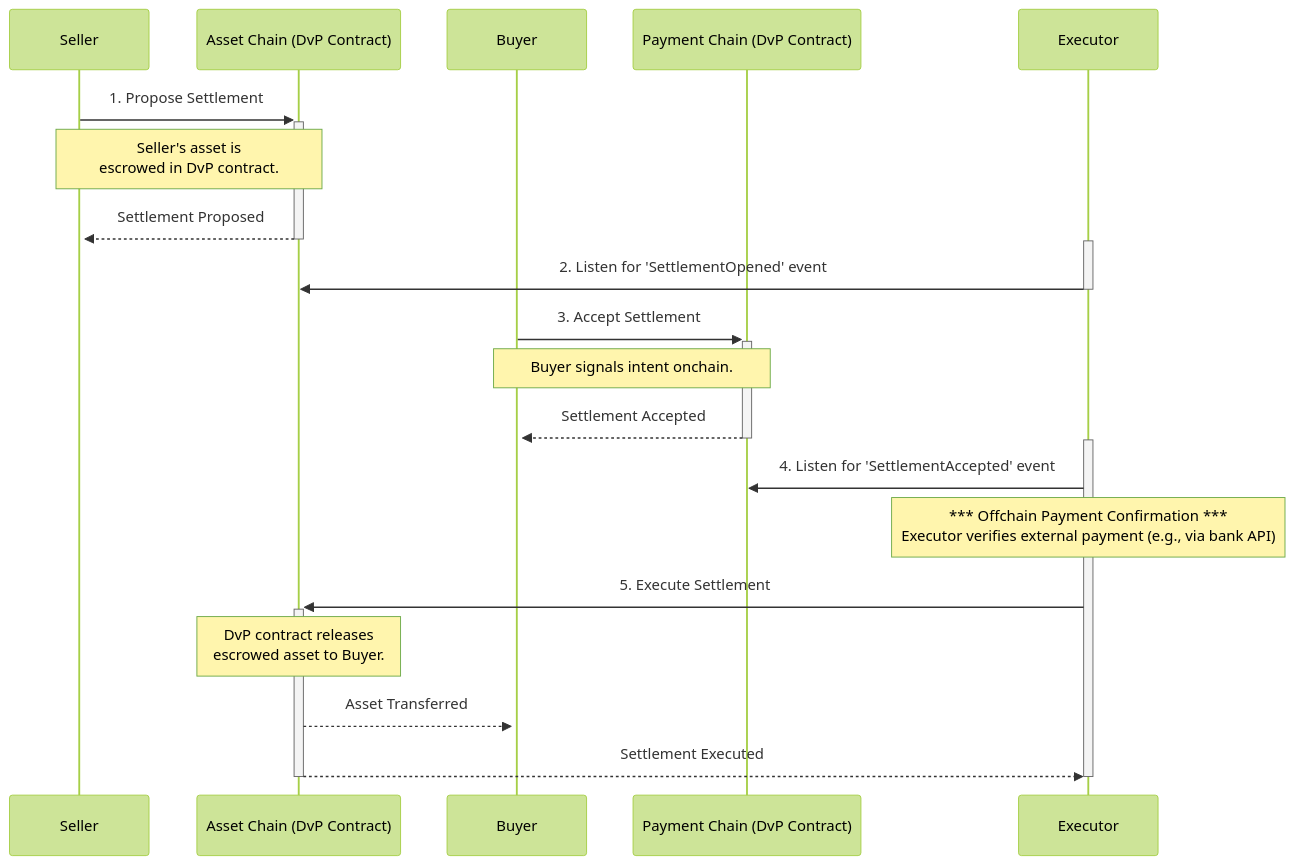
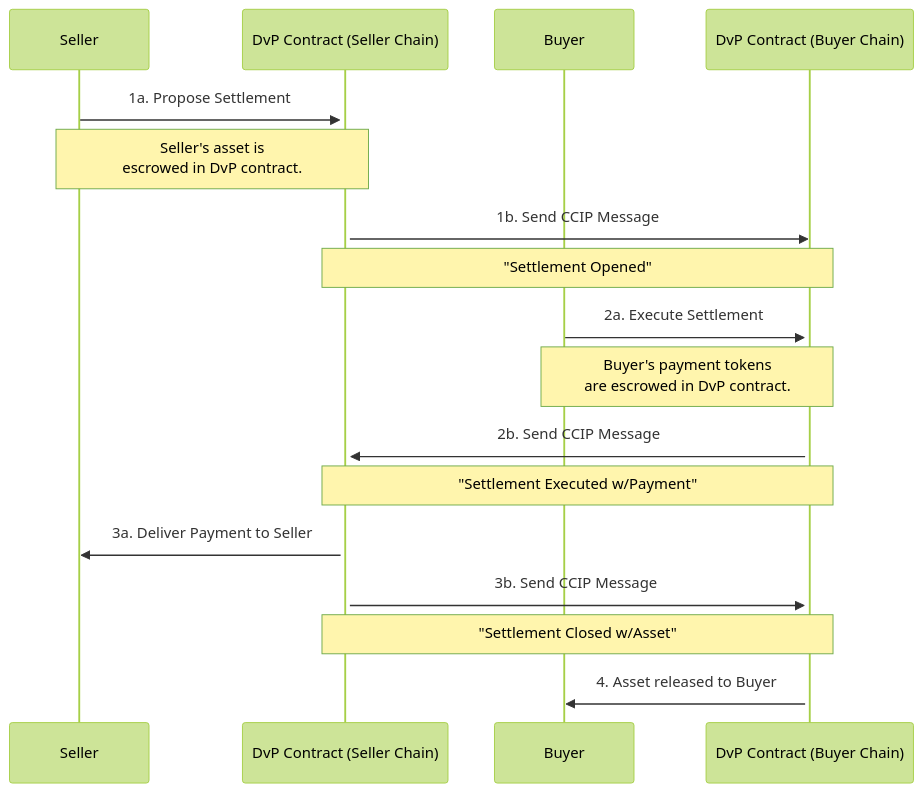
Before and after one commit to smartcontractkit/crec-sdk: the first of 2 diagrams in services/dvp/README.md, drawn with Mermaid (forest theme). The commit also changed other lines of this file, not shown here.

````diff
--- a/services/dvp/README.md
+++ b/services/dvp/README.md
@@ -42,33 +63,26 @@
 ```mermaid
 sequenceDiagram
     participant Seller
-    participant Asset Chain (DvP Contract)
+    participant DvP Contract (Seller Chain)
     participant Buyer
-    participant Payment Chain (DvP Contract)
-    participant Executor
+    participant DvP Contract (Buyer Chain)
 
-    Seller->>+Asset Chain (DvP Contract): 1. Propose Settlement
-    activate Seller
-    Note over Seller, Asset Chain (DvP Contract): Seller's asset is<br/>escrowed in DvP contract.
-    Asset Chain (DvP Contract)-->>-Seller: Settlement Proposed
+    Seller->>+DvP Contract (Seller Chain): 1a. Propose Settlement
+    Note over Seller, DvP Contract (Seller Chain): Seller's asset is<br/>escrowed in DvP contract.
 
-    activate Executor
-    Executor->>Asset Chain (DvP Contract): 2. Listen for 'SettlementOpened' event
-    deactivate Executor
+    DvP Contract (Seller Chain)->>DvP Contract (Buyer Chain): 1b. Send CCIP Message
+    Note over DvP Contract (Seller Chain),DvP Contract (Buyer Chain): "Settlement Opened"
 
-    Buyer->>+Payment Chain (DvP Contract): 3. Accept Settlement
-    activate Buyer
-    Note over Buyer, Payment Chain (DvP Contract): Buyer signals intent onchain.
-    Payment Chain (DvP Contract)-->>-Buyer: Settlement Accepted
+    Buyer->>+DvP Contract (Buyer Chain): 2a. Execute Settlement
+    Note over Buyer, DvP Contract (Buyer Chain): Buyer's payment tokens<br/>are escrowed in DvP contract.
 
-    activate Executor
-    Executor->>Payment Chain (DvP Contract): 4. Listen for 'SettlementAccepted' event
-    Note over Executor: *** Offchain Payment Confirmation ***<br/>Executor verifies external payment (e.g., via bank API)
+    DvP Contract (Buyer Chain)->>DvP Contract (Seller Chain): 2b. Send CCIP Message
+    Note over DvP Contract (Buyer Chain), DvP Contract (Seller Chain): "Settlement Executed w/Payment"
 
-    Executor->>+Asset Chain (DvP Contract): 5. Execute Settlement
-    Note over Asset Chain (DvP Contract): DvP contract releases<br/>escrowed asset to Buyer.
-    Asset Chain (DvP Contract)-->>Buyer: Asset Transferred
+    DvP Contract (Seller Chain)->>Seller: 3a. Deliver Payment to Seller
+    DvP Contract (Seller Chain)->>DvP Contract (Buyer Chain): 3b. Send CCIP Message
 
-    Asset Chain (DvP Contract)-->>-Executor: Settlement Executed
-    deactivate Executor
+    Note over DvP Contract (Buyer Chain), DvP Contract (Seller Chain): "Settlement Closed w/Asset"
+
+    DvP Contract (Buyer Chain)->>Buyer: 4. Asset released to Buyer
 ```
````
